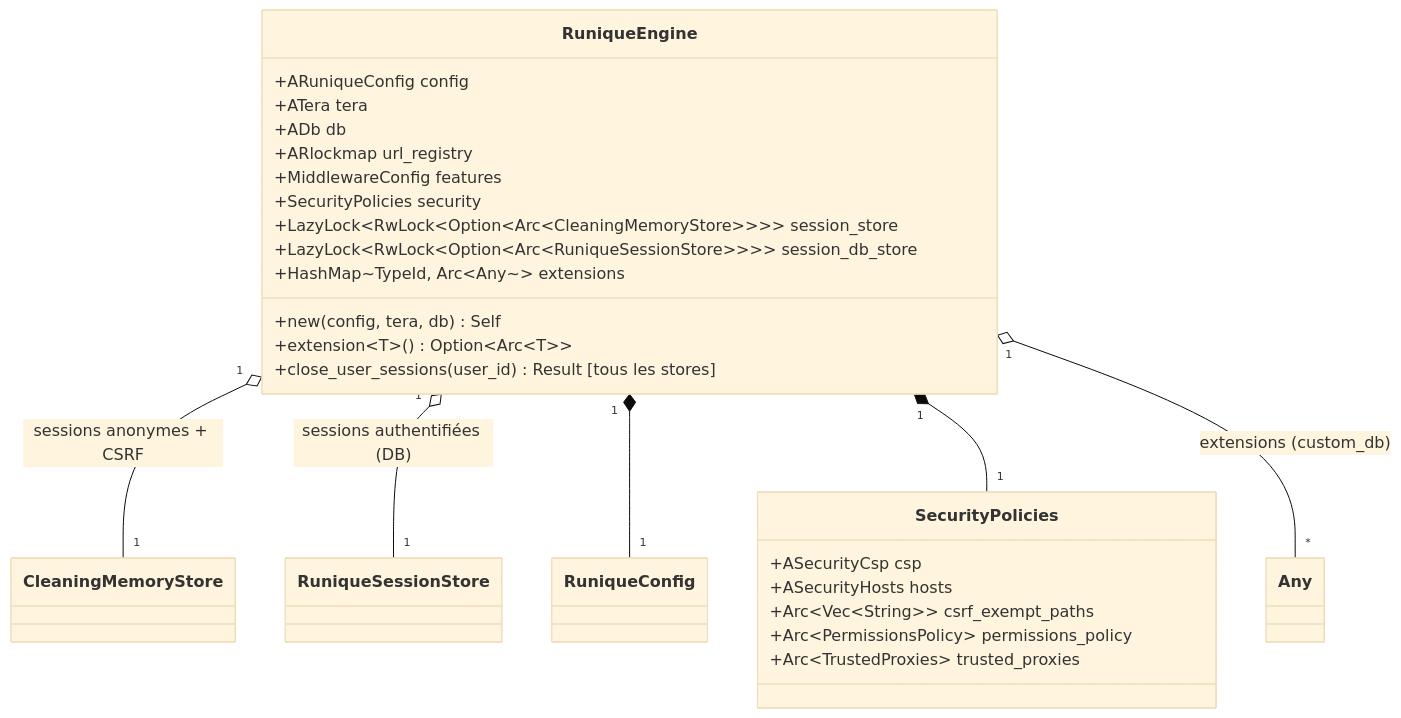
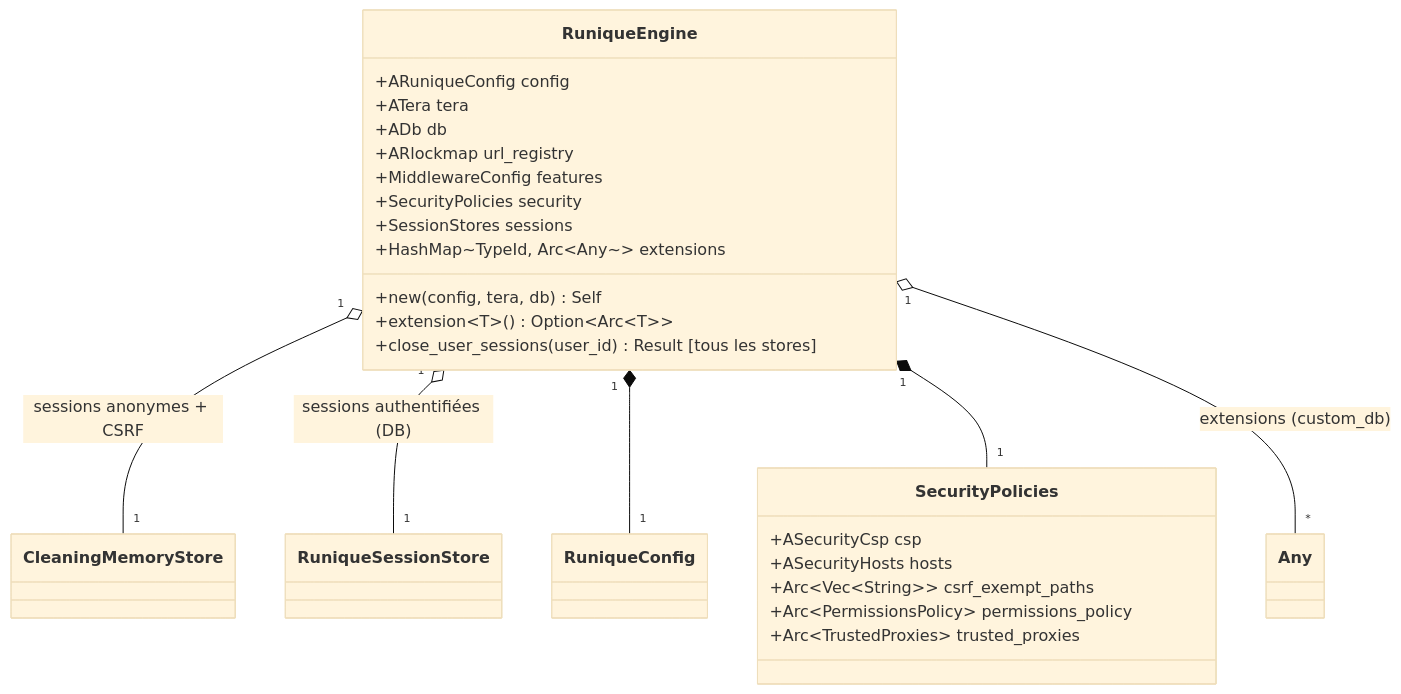
One commit to seb-alliot/runique changed the first of 2 diagrams in diagramme/uml/engine/engine-et-contexte.md. Above: the diagram before and after it, drawn with Mermaid (base theme). The commit also changed other lines of this file and 349 other files, not shown here.

````diff
--- a/diagramme/uml/engine/engine-et-contexte.md
+++ b/diagramme/uml/engine/engine-et-contexte.md
@@ -7,29 +7,28 @@
 ```mermaid
 classDiagram
     class RuniqueEngine {
         +ARuniqueConfig config
         +ATera tera
         +ADb db
         +ARlockmap url_registry
         +MiddlewareConfig features
         +SecurityPolicies security
-        +LazyLock~RwLock~Option~Arc~CleaningMemoryStore~~~~ session_store
-        +LazyLock~RwLock~Option~Arc~RuniqueSessionStore~~~~ session_db_store
+        +SessionStores sessions
         +HashMap~TypeId, Arc~Any~~ extensions
         +new(config, tera, db) Self
         +extension~T~() Option~Arc~T~~
         +close_user_sessions(user_id) Result [tous les stores]
     }
     RuniqueEngine "1" o-- "1" CleaningMemoryStore : sessions anonymes + CSRF
     RuniqueEngine "1" o-- "1" RuniqueSessionStore : sessions authentifiées (DB)
     RuniqueEngine "1" *-- "1" RuniqueConfig
     RuniqueEngine "1" *-- "1" SecurityPolicies
     class SecurityPolicies {
         +ASecurityCsp csp
         +ASecurityHosts hosts
         +Arc~Vec~String~~ csrf_exempt_paths
         +Arc~PermissionsPolicy~ permissions_policy
         +Arc~TrustedProxies~ trusted_proxies
     }
     RuniqueEngine "1" o-- "*" Any : extensions (custom_db)
 ```
````
